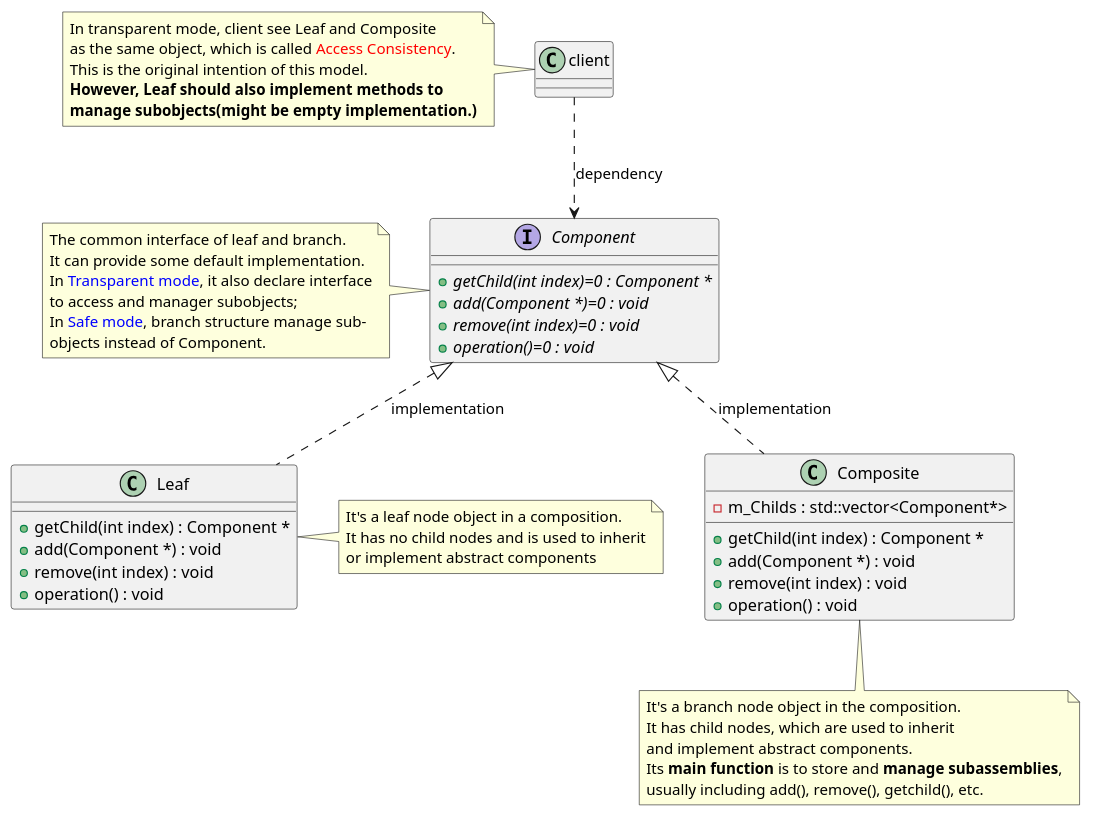
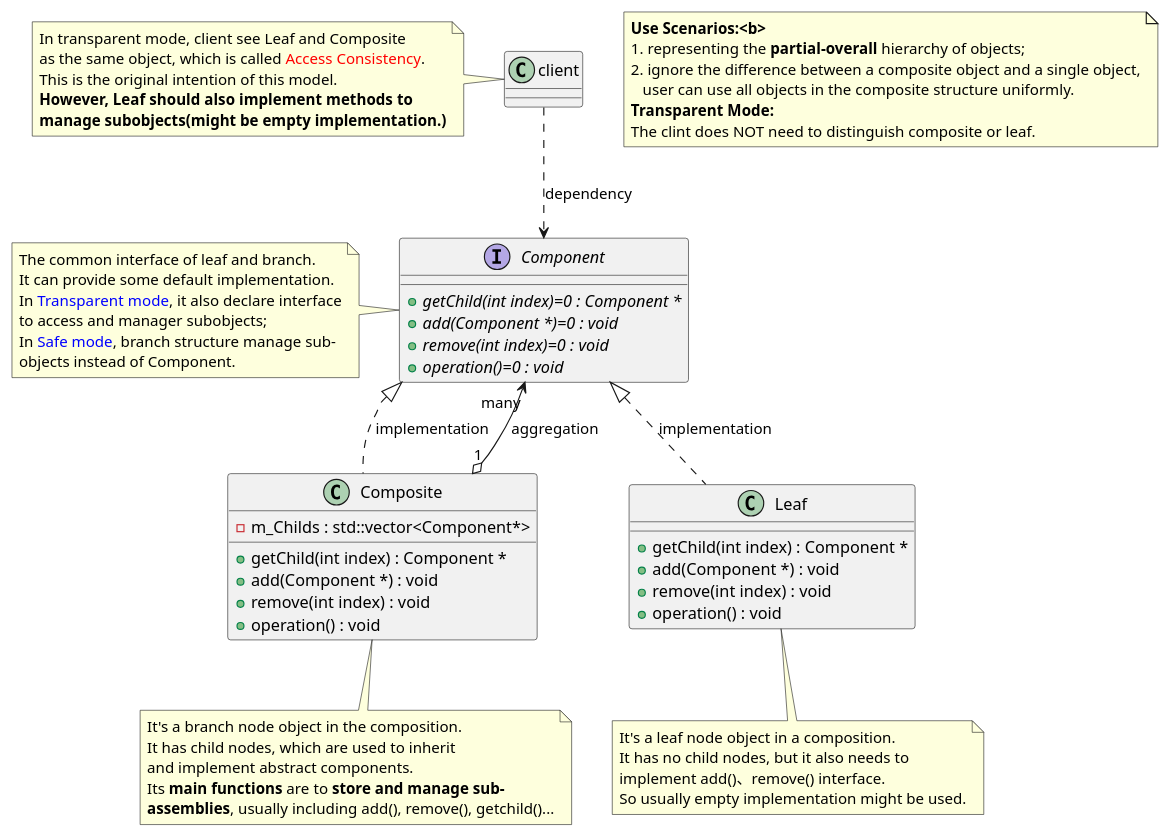
The diagram in composite/CompositePattern_Transparent.puml (flyingman1991/design-patterns-cpp), drawn with PlantUML before and after one commit. The commit also changed 2 other files, not shown here.

Commit message:
add comments and fix uml bugs for composite pattern.

```diff
--- a/composite/CompositePattern_Transparent.puml
+++ b/composite/CompositePattern_Transparent.puml
@@ -1,60 +1,71 @@
 @startuml CompositePattern
 
 interface Component {
     + {abstract} getChild(int index)=0 : Component *
     + {abstract} add(Component *)=0 : void
     + {abstract} remove(int index)=0 : void
     + {abstract} operation()=0 : void
 }
 
 class Composite {
     + getChild(int index) : Component *
     + add(Component *) : void
     + remove(int index) : void
     + operation() : void
     - m_Childs : std::vector<Component*>
 }
-Composite .up.|> Component : implementation
 
 class Leaf {
     + getChild(int index) : Component *
     + add(Component *) : void
     + remove(int index) : void
     + operation() : void
 }
+
+Composite "1" o--> "many" Component : aggregation
+Composite .up.|> Component : implementation
 Leaf .up.|> Component : implementation
+client ..> Component : dependency
 
-client ..> Component : dependency
+note  as N1
+    <b>Use Scenarios:<b>
+    1. representing the <b>partial-overall</b> hierarchy of objects;
+    2. ignore the difference between a composite object and a single object,
+       user can use all objects in the composite structure uniformly.
+    <b>Transparent Mode:</b>
+    The clint does NOT need to distinguish composite or leaf.
+end note
 
 note left of client
     In transparent mode, client see Leaf and Composite
     as the same object, which is called <font color="Red">Access Consistency</font>.
     This is the original intention of this model.
     <b>However, Leaf should also implement methods to</b>
     <b>manage subobjects(might be empty implementation.)</b>
 end note
 
 note left of Component
     The common interface of leaf and branch.
     It can provide some default implementation.
     In <font color="Blue">Transparent mode</font>, it also declare interface
     to access and manager subobjects;
     In <font color="Blue">Safe mode</font>, branch structure manage sub-
     objects instead of Component.
 end note
 
-note right of Leaf
+note bottom of Leaf
     It's a leaf node object in a composition.
-    It has no child nodes and is used to inherit
-    or implement abstract components
+    It has no child nodes, but it also needs to
+    implement add()、remove() interface.
+    So usually empty implementation might be used.
 end note
 
 note bottom of Composite
     It's a branch node object in the composition.
     It has child nodes, which are used to inherit
     and implement abstract components.
-    Its <b>main function</b> is to store and <b>manage subassemblies</b>,
-    usually including add(), remove(), getchild(), etc.
+    Its <b>main functions</b> are to <b>store and manage sub-</b>
+    <b>assemblies</b>, usually including add(), remove(), getchild()...
 end note
 
 @enduml
```
